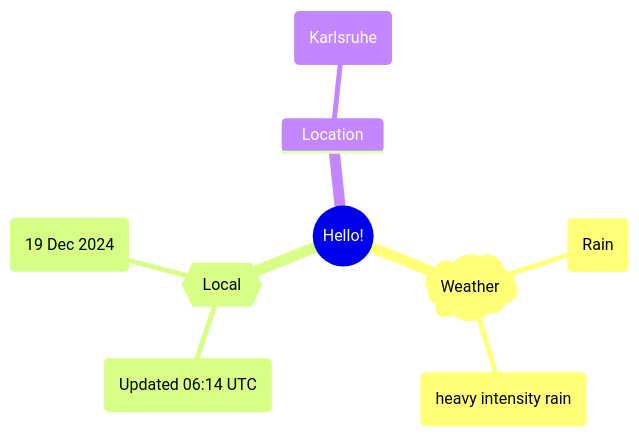
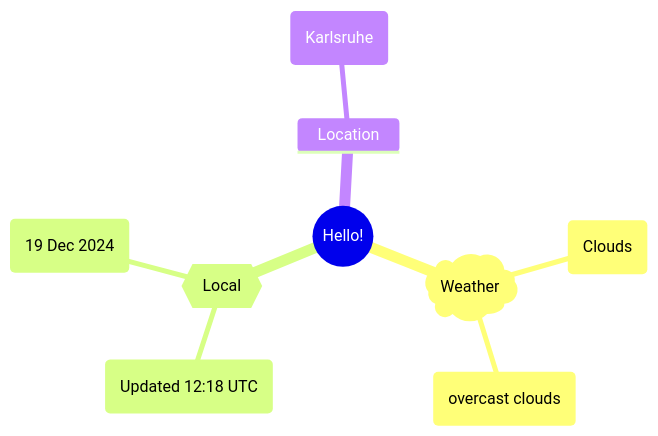
One commit to Xosrov/Xosrov changed the first of 2 diagrams in README.md. Above: the diagram before and after it, drawn with Mermaid.

Commit message:
[bot] updated images

````diff
--- a/README.md
+++ b/README.md
@@ -3,12 +3,12 @@
 ```mermaid
 mindmap
   root((Hello!))
     )Weather(
-        (Rain)
-        (heavy intensity rain)
+        (Clouds)
+        (overcast clouds)
     {{Local}}
-        (Updated 06:14 UTC)
+        (Updated 12:18 UTC)
         (19 Dec 2024)
     Location
         (Karlsruhe)
 ```
````
